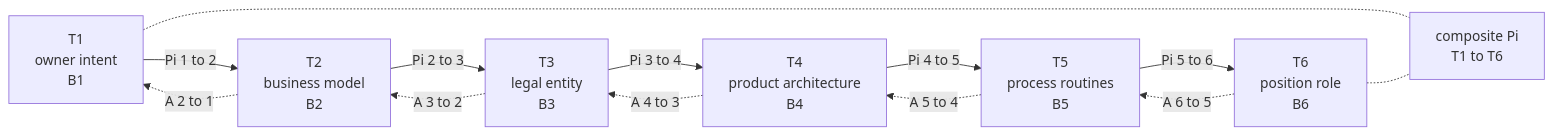
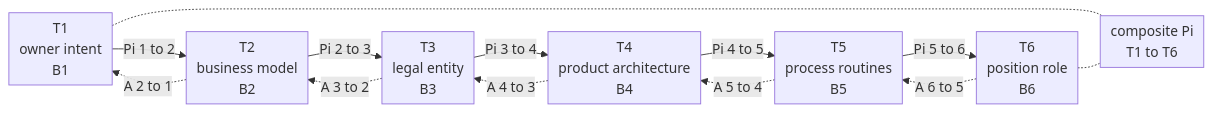
The diagram in projection-paper/paper.md (spectralbranding/orgschema-papers), drawn with Mermaid before and after one commit. The commit also changed other lines of this file and 49 other files, not shown here.

````diff
--- a/projection-paper/paper.md
+++ b/projection-paper/paper.md
@@ -125,22 +131,23 @@
 ```{.mermaid width="100%"}
+%%{init: {"flowchart": {"nodeSpacing": 18, "rankSpacing": 26, "padding": 6}}}%%
 flowchart LR
  T1["T1<br/>owner intent<br/>B1"]
  T2["T2<br/>business model<br/>B2"]
  T3["T3<br/>legal entity<br/>B3"]
  T4["T4<br/>product architecture<br/>B4"]
  T5["T5<br/>process routines<br/>B5"]
  T6["T6<br/>position role<br/>B6"]
  PI["composite Pi<br/>T1 to T6"]
  T1 -->|"Pi 1 to 2"| T2
  T2 -->|"Pi 2 to 3"| T3
  T3 -->|"Pi 3 to 4"| T4
  T4 -->|"Pi 4 to 5"| T5
  T5 -->|"Pi 5 to 6"| T6
  T2 -.->|"A 2 to 1"| T1
  T3 -.->|"A 3 to 2"| T2
  T4 -.->|"A 4 to 3"| T3
  T5 -.->|"A 5 to 4"| T4
  T6 -.->|"A 6 to 5"| T5
  T1 -.- PI
  T6 -.- PI
 ```
````
